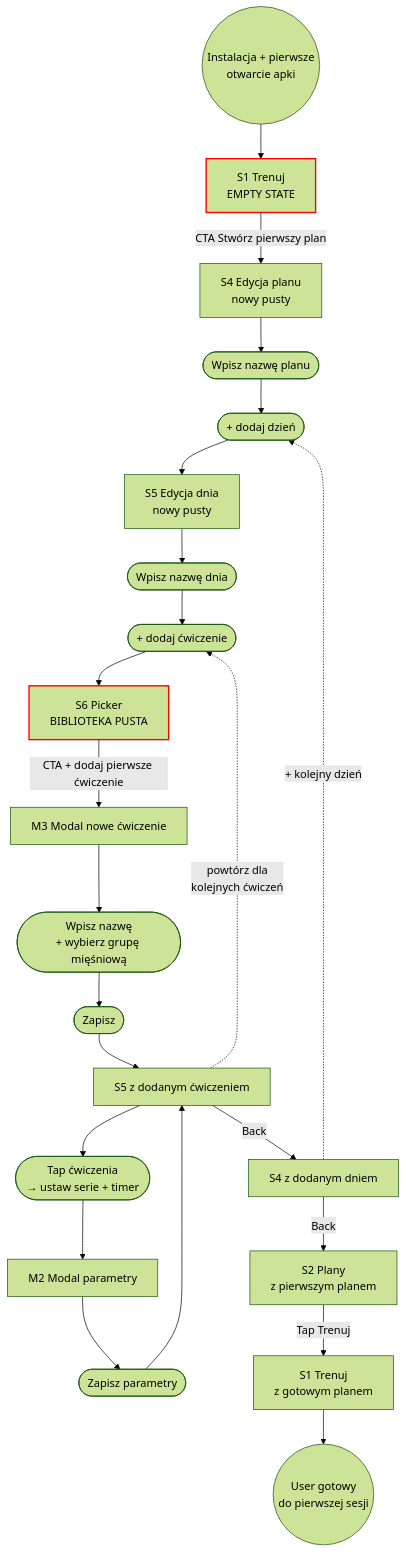
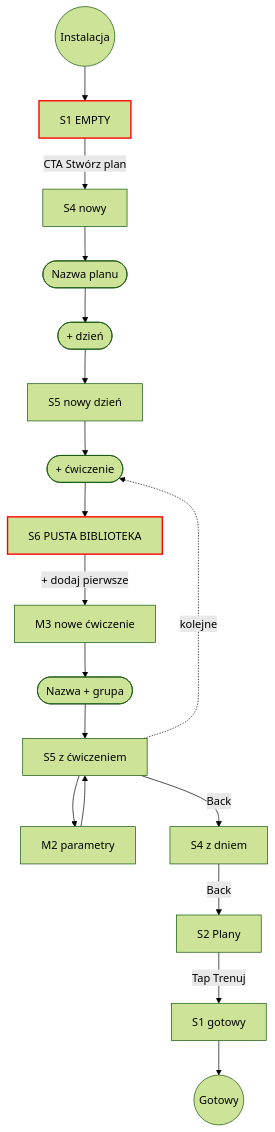
The second of 5 diagrams in docs/03-flows.md (KrzysiekPorwol/PainZone_2.0), drawn with Mermaid (forest theme) before and after one commit. The commit also changed other lines of this file and 5 other files, not shown here.

````diff
--- a/docs/03-flows.md
+++ b/docs/03-flows.md
@@ -228,28 +116,17 @@
 ```mermaid
 flowchart TD
-    Start((Instalacja + pierwsze<br/>otwarcie apki)) --> S1Empty[S1 Trenuj<br/>EMPTY STATE]
-    S1Empty -->|CTA Stwórz pierwszy plan| S4New[S4 Edycja planu<br/>nowy pusty]
-    S4New --> A1([Wpisz nazwę planu])
-    A1 --> A2([+ dodaj dzień])
-    A2 --> S5New[S5 Edycja dnia<br/>nowy pusty]
-    S5New --> A3([Wpisz nazwę dnia])
-    A3 --> A4([+ dodaj ćwiczenie])
-    A4 --> S6Empty[S6 Picker<br/>BIBLIOTEKA PUSTA]
-    S6Empty -->|CTA + dodaj pierwsze ćwiczenie| M3[M3 Modal nowe ćwiczenie]
-    M3 --> A5([Wpisz nazwę<br/>+ wybierz grupę mięśniową])
-    A5 --> A6([Zapisz])
-    A6 --> S5WithEx[S5 z dodanym ćwiczeniem]
-    S5WithEx --> A7([Tap ćwiczenia<br/>→ ustaw serie + timer])
-    A7 --> M2[M2 Modal parametry]
-    M2 --> A8([Zapisz parametry])
-    A8 --> S5WithEx
-    S5WithEx -.powtórz dla<br/>kolejnych ćwiczeń.-> A4
-    S5WithEx -->|Back| S4WithDay[S4 z dodanym dniem]
-    S4WithDay -.+ kolejny dzień.-> A2
-    S4WithDay -->|Back| S2[S2 Plany<br/>z pierwszym planem]
-    S2 -->|Tap Trenuj| S1Ready[S1 Trenuj<br/>z gotowym planem]
-    S1Ready --> EndReady((User gotowy<br/>do pierwszej sesji))
+    Start((Instalacja)) --> S1Empty[S1 EMPTY]
+    S1Empty -->|CTA Stwórz plan| S4New[S4 nowy]
+    S4New --> A1([Nazwa planu]) --> A2([+ dzień])
+    A2 --> S5New[S5 nowy dzień] --> A4([+ ćwiczenie])
+    A4 --> S6Empty[S6 PUSTA BIBLIOTEKA]
+    S6Empty -->|+ dodaj pierwsze| M3[M3 nowe ćwiczenie]
+    M3 --> A5([Nazwa + grupa]) --> S5WithEx[S5 z ćwiczeniem]
+    S5WithEx --> M2[M2 parametry] --> S5WithEx
+    S5WithEx -.kolejne.-> A4
+    S5WithEx -->|Back| S4WithDay[S4 z dniem] -->|Back| S2[S2 Plany]
+    S2 -->|Tap Trenuj| S1Ready[S1 gotowy] --> End((Gotowy))
 
     classDef errorState stroke:#f00,stroke-width:2px
     class S1Empty,S6Empty errorState
 ```
````
